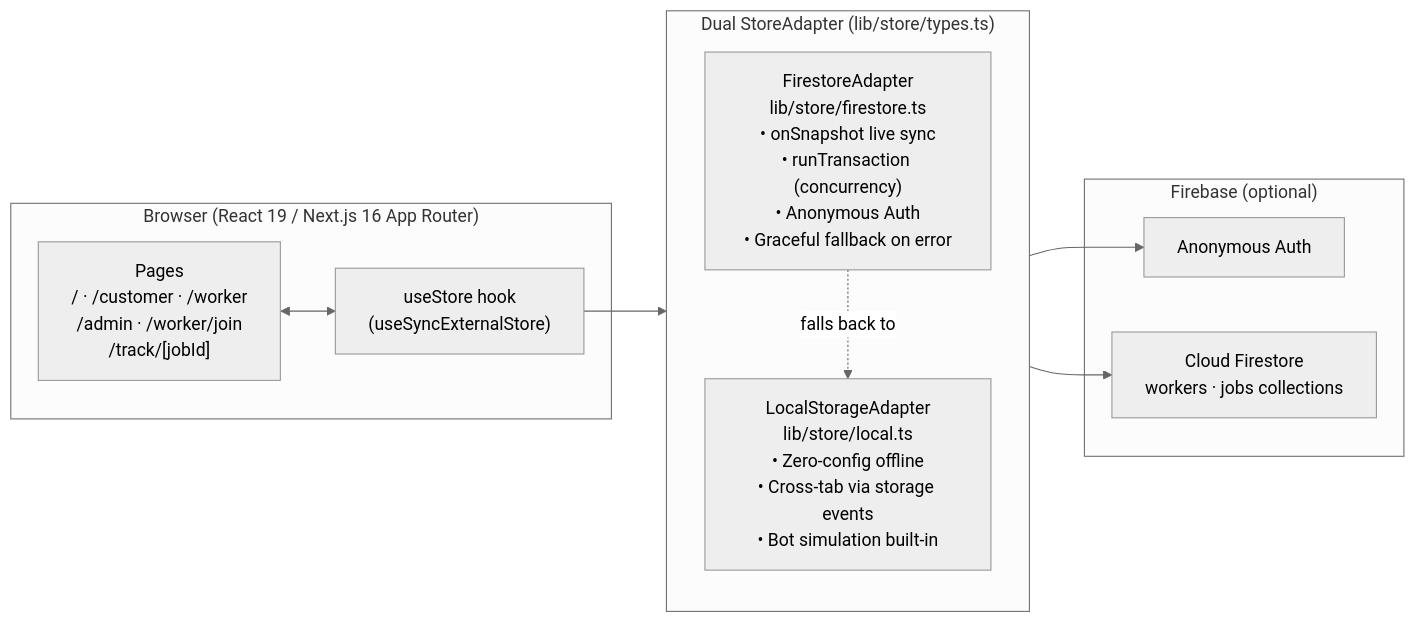
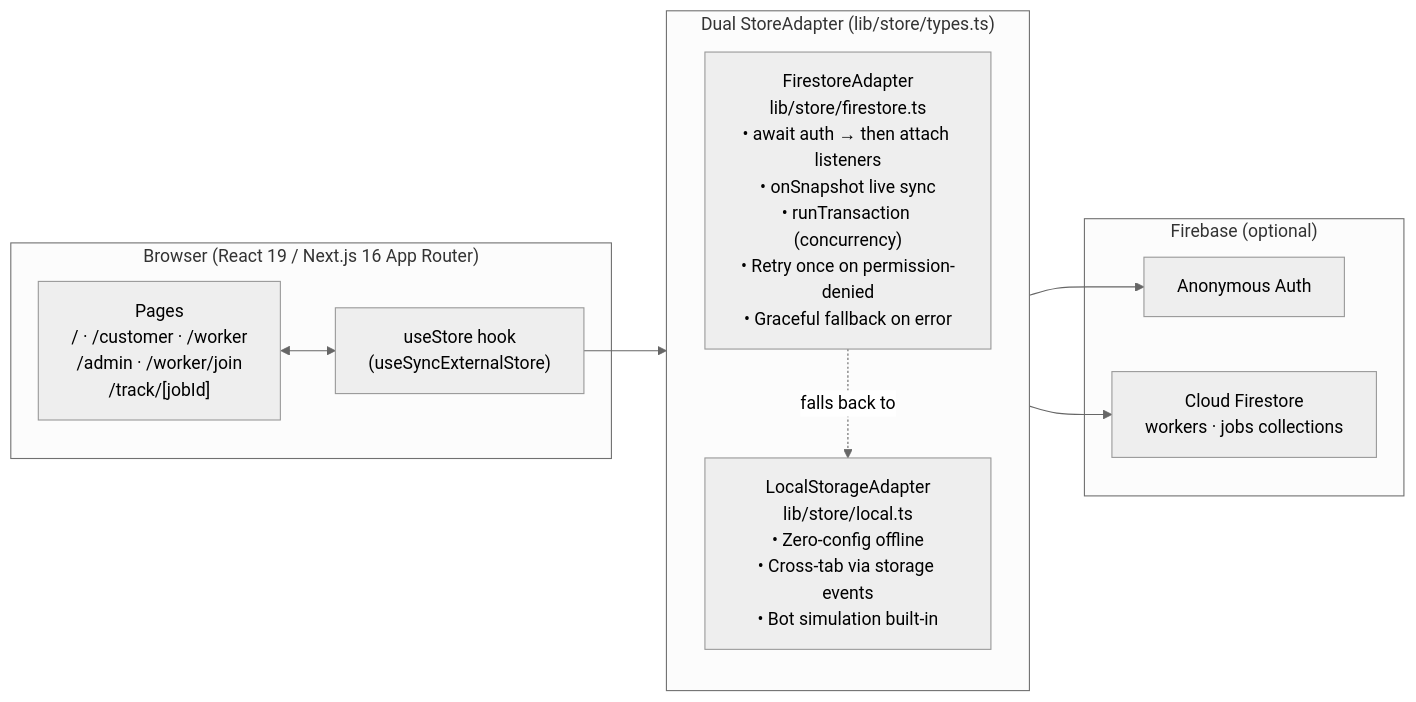
Before and after one commit to Mohammad-Hassan027/hyperlocal: the diagram in README.md, drawn with Mermaid (neutral theme). The commit also changed other lines of this file and 11 other files, not shown here.

Commit message:
feat: await ensureAnonymousAuth before listeners, retry on permission-denied, hide reset/admin behind ?demo=1, add firebase stubs & MIT license, update docs

````diff
--- a/README.md
+++ b/README.md
@@ -26,24 +29,24 @@
 ```mermaid
 flowchart LR
     subgraph Browser["Browser (React 19 / Next.js 16 App Router)"]
         UI["Pages\n/ · /customer · /worker\n/admin · /worker/join\n/track/[jobId]"]
         STORE["useStore hook\n(useSyncExternalStore)"]
         UI <--> STORE
     end
 
     subgraph Adapters["Dual StoreAdapter (lib/store/types.ts)"]
         direction TB
-        FSA["FirestoreAdapter\nlib/store/firestore.ts\n• onSnapshot live sync\n• runTransaction (concurrency)\n• Anonymous Auth\n• Graceful fallback on error"]
+        FSA["FirestoreAdapter\nlib/store/firestore.ts\n• await auth → then attach listeners\n• onSnapshot live sync\n• runTransaction (concurrency)\n• Retry once on permission-denied\n• Graceful fallback on error"]
         LSA["LocalStorageAdapter\nlib/store/local.ts\n• Zero-config offline\n• Cross-tab via storage events\n• Bot simulation built-in"]
         FSA -. "falls back to" .-> LSA
     end
 
     subgraph Firebase["Firebase (optional)"]
         AUTH["Anonymous Auth"]
         FS["Cloud Firestore\nworkers · jobs collections"]
     end
 
     STORE --> Adapters
     FSA --> AUTH
     FSA --> FS
 ```
````
